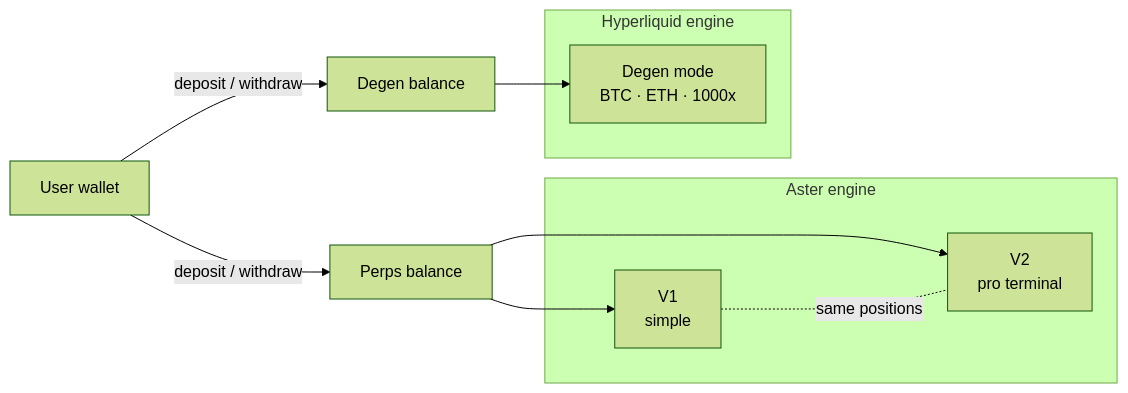
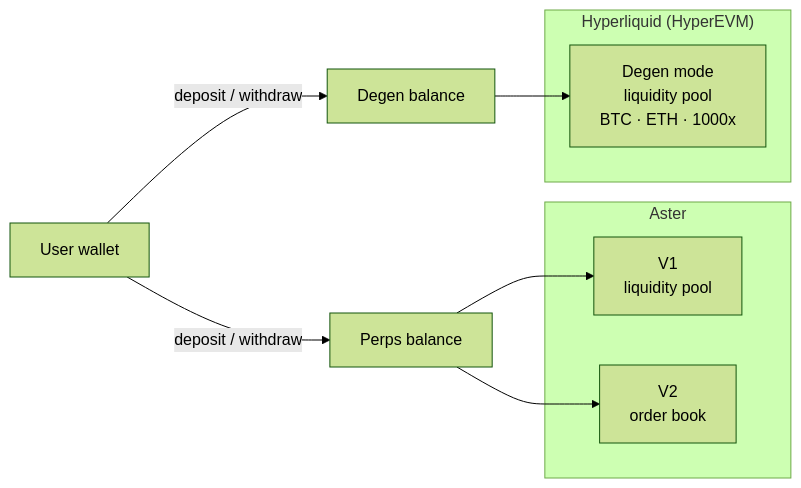
The diagram in README.md (dyxy-io/perps), drawn with Mermaid (forest theme) before and after one commit. The commit also changed other lines of this file and 7 other files, not shown here.

First line of the commit message:
Describe perps V1/V2/Degen by execution model (liquidity pool vs order book)

````diff
--- a/README.md
+++ b/README.md
@@ -23,19 +35,18 @@
 ```mermaid
 flowchart LR
     W["User wallet"]
     W -- deposit / withdraw --> PB["Perps balance"]
     W -- deposit / withdraw --> DB["Degen balance"]
 
-    subgraph ASTER["Aster engine"]
-        V1["V1<br/>simple"]
-        V2["V2<br/>pro terminal"]
+    subgraph ASTER["Aster"]
+        V1["V1<br/>liquidity pool"]
+        V2["V2<br/>order book"]
     end
-    subgraph HL["Hyperliquid engine"]
-        DG["Degen mode<br/>BTC · ETH · 1000x"]
+    subgraph HL["Hyperliquid (HyperEVM)"]
+        DG["Degen mode<br/>liquidity pool<br/>BTC · ETH · 1000x"]
     end
 
     PB --> V1
     PB --> V2
-    V1 -. same positions .- V2
     DB --> DG
 ```
````
